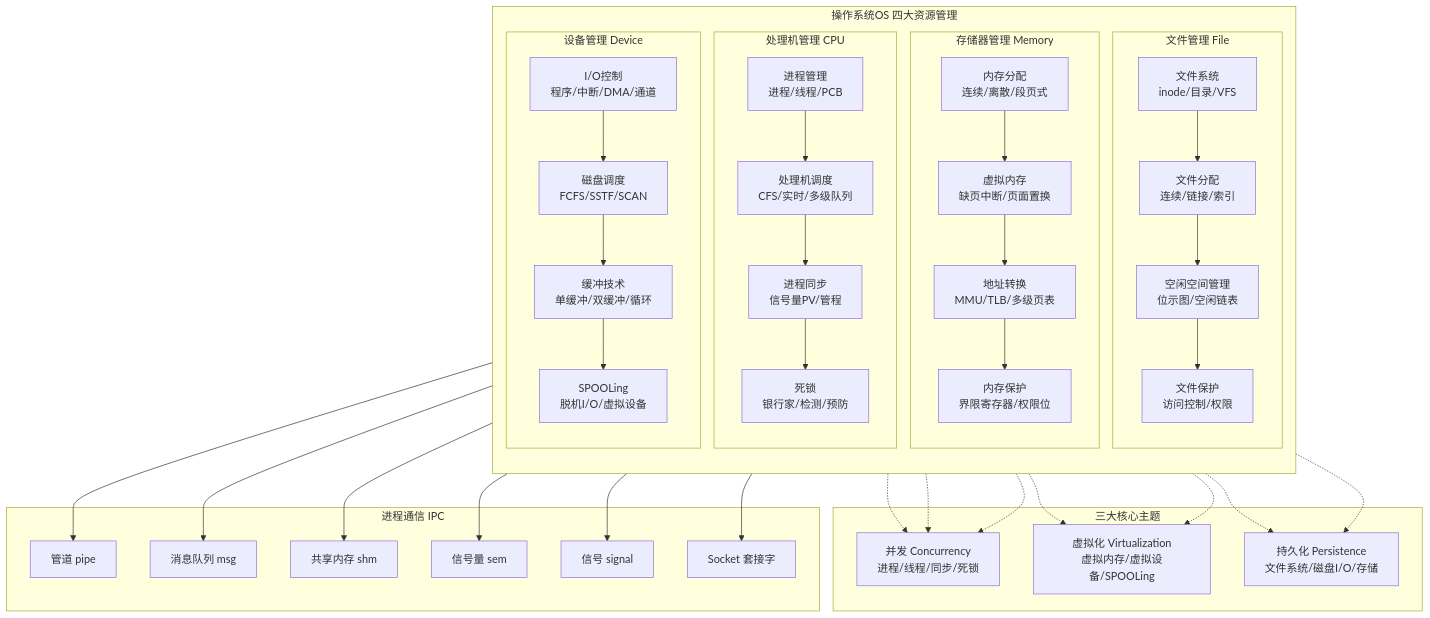
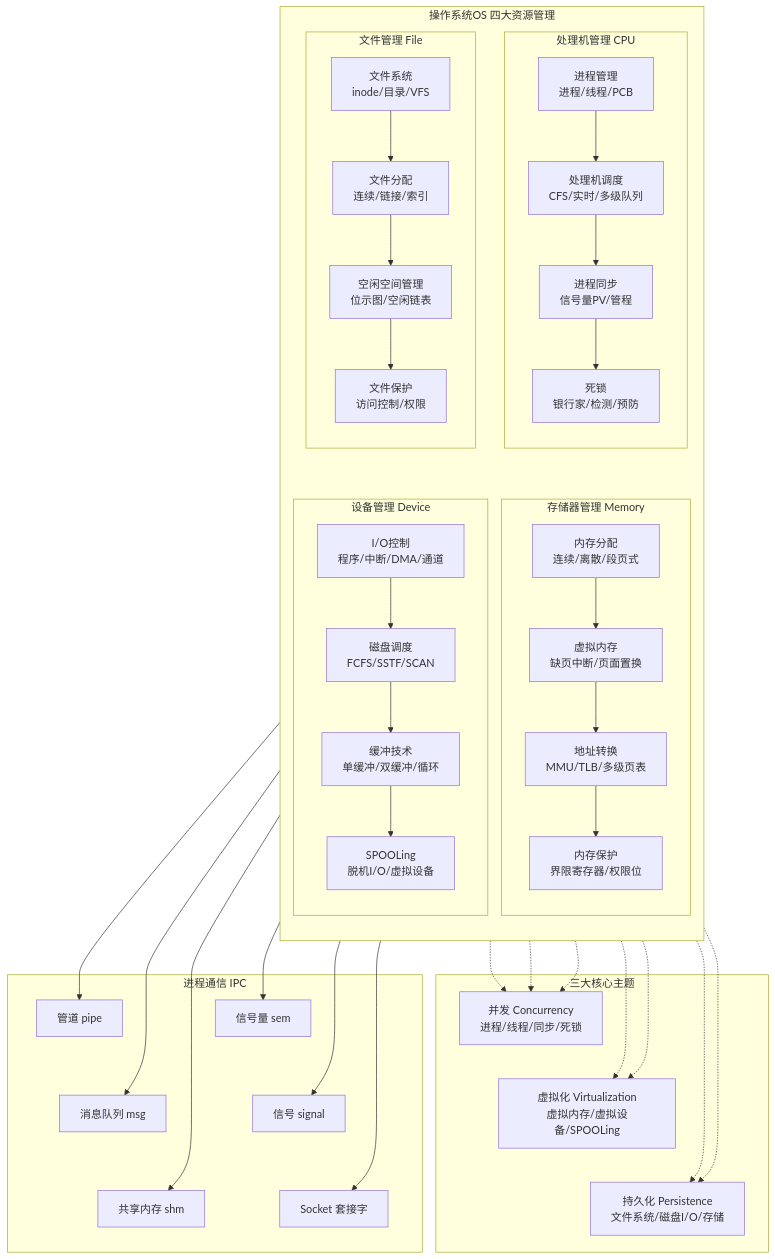
The second of 2 diagrams in src/content/philes/volume-1/CS-OS/OS总流程图.md (AH23333/Blog), drawn with Mermaid before and after one commit.

Commit message:
refactor(content): compact the OS knowledge topology mermaid layout
The 全景知识体系拓扑图 in OS总流程图.md rendered at 2775x805 (paper
2887, retypeset 2834): a 3.45:1 slab that needed heavy scrolling in
the ~666px theme columns and ~800% lightbox zoom to read.

Add invisible links (~~~) to guide dagre into a balanced layout:
- 四大资源管理 subgraphs pair into 2x2 (PM4~~~MM1, FM4~~~DM1)
- IPC nodes fold into 3 rows x 2 cols (two invisible chains)
- 三大核心主题 stack vertically (T1~~~T2~~~T3)

All 25 nodes, 7 clusters and every visible edge are unchanged.
Result: erudite 1838x1520 (aspect 1.21:1), lightbox opens at 78%
fit instead of 46%; deep-test 8/8 PASS on all four routes.

```diff
--- a/src/content/philes/volume-1/CS-OS/OS总流程图.md
+++ b/src/content/philes/volume-1/CS-OS/OS总流程图.md
@@ -284,12 +284,16 @@
             DM3[""缓冲技术<br/>单缓冲/双缓冲/循环""]
             DM4[""SPOOLing<br/>脱机I/O/虚拟设备""]
         end
+
+        PM4 ~~~ MM1
+        FM4 ~~~ DM1
     end
 
     subgraph "三大核心主题"
         T1[""并发 Concurrency<br/>进程/线程/同步/死锁""]
         T2[""虚拟化 Virtualization<br/>虚拟内存/虚拟设备/SPOOLing""]
         T3[""持久化 Persistence<br/>文件系统/磁盘I/O/存储""]
+        T1 ~~~ T2 ~~~ T3
     end
 
     subgraph "进程通信 IPC"
@@ -299,6 +303,8 @@
         IPC4["信号量 sem"]
         IPC5["信号 signal"]
         IPC6["Socket 套接字"]
+        IPC1 ~~~ IPC2 ~~~ IPC3
+        IPC4 ~~~ IPC5 ~~~ IPC6
     end
 
     PM1 --> PM2
```
